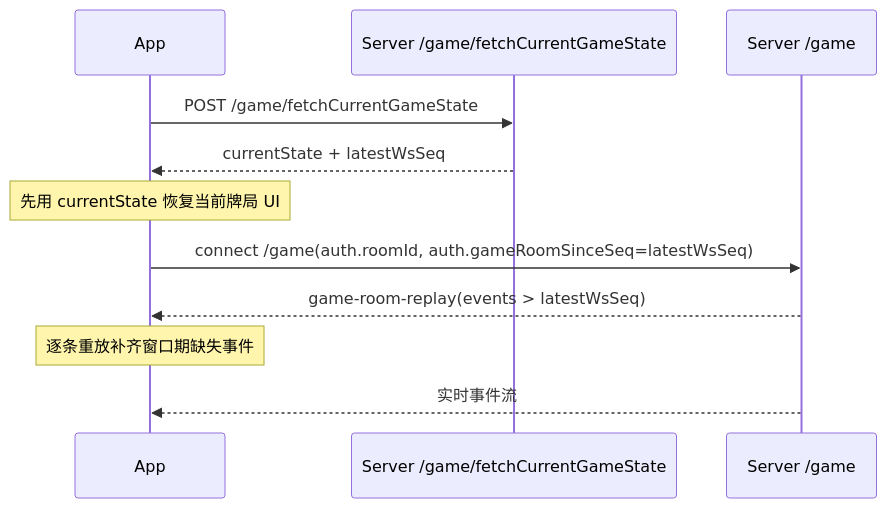
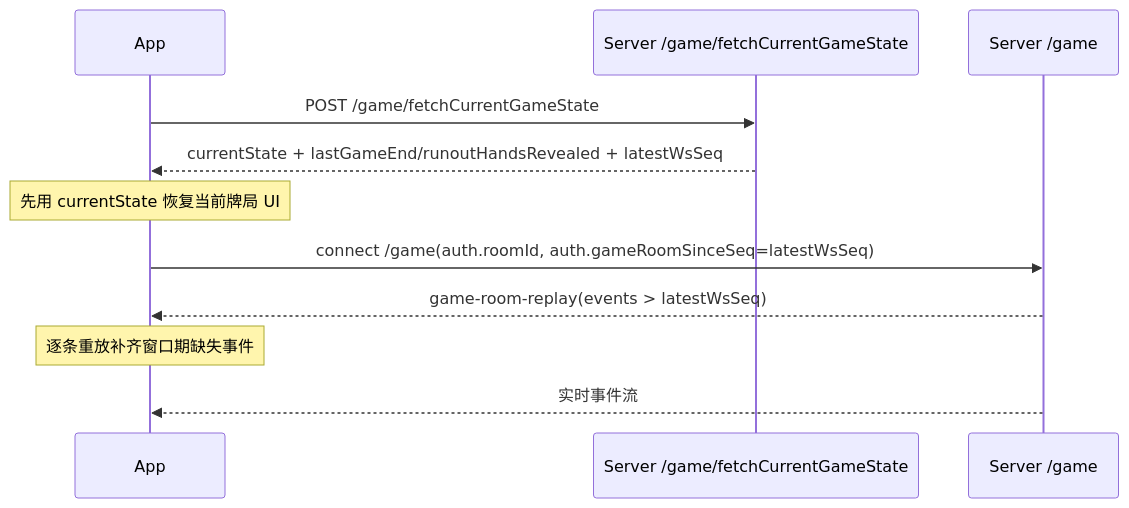
Before and after one commit to STTTOS/wish_server: the diagram in packages/texas-ws-contract/docs/ws-events-reference.md, drawn with Mermaid. The commit also changed other lines of this file and 8 other files, not shown here.

First line of the commit message:
feat(texas): hydrate snapshot with lastGameEnd and runout hands

````diff
--- a/packages/texas-ws-contract/docs/ws-events-reference.md
+++ b/packages/texas-ws-contract/docs/ws-events-reference.md
@@ -345,16 +347,16 @@
 ```mermaid
 sequenceDiagram
   participant App
   participant HTTP as Server /game/fetchCurrentGameState
   participant WS as Server /game
 
   App->>HTTP: POST /game/fetchCurrentGameState
-  HTTP-->>App: currentState + latestWsSeq
+  HTTP-->>App: currentState + lastGameEnd/runoutHandsRevealed + latestWsSeq
   Note over App: 先用 currentState 恢复当前牌局 UI
 
   App->>WS: connect /game(auth.roomId, auth.gameRoomSinceSeq=latestWsSeq)
   WS-->>App: game-room-replay(events > latestWsSeq)
   Note over App: 逐条重放补齐窗口期缺失事件
 
   WS-->>App: 实时事件流
 ```
````
